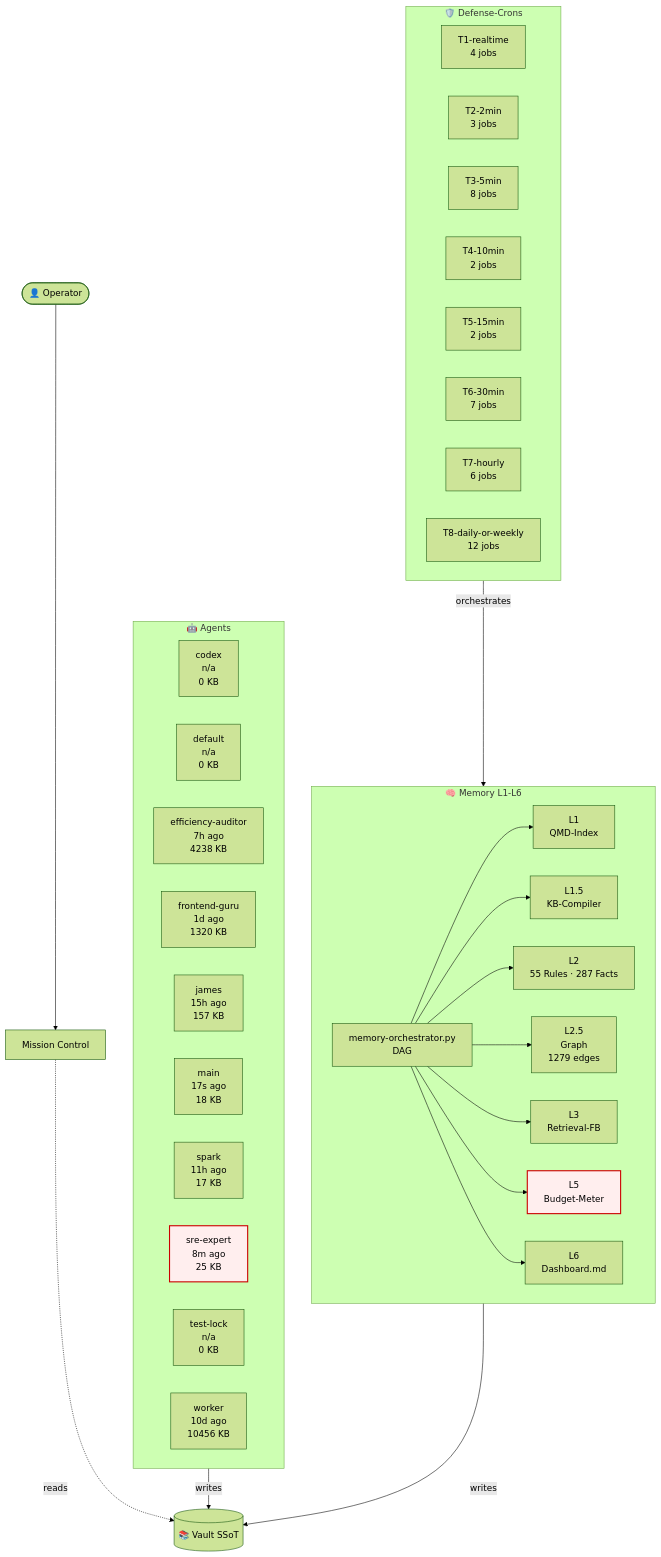
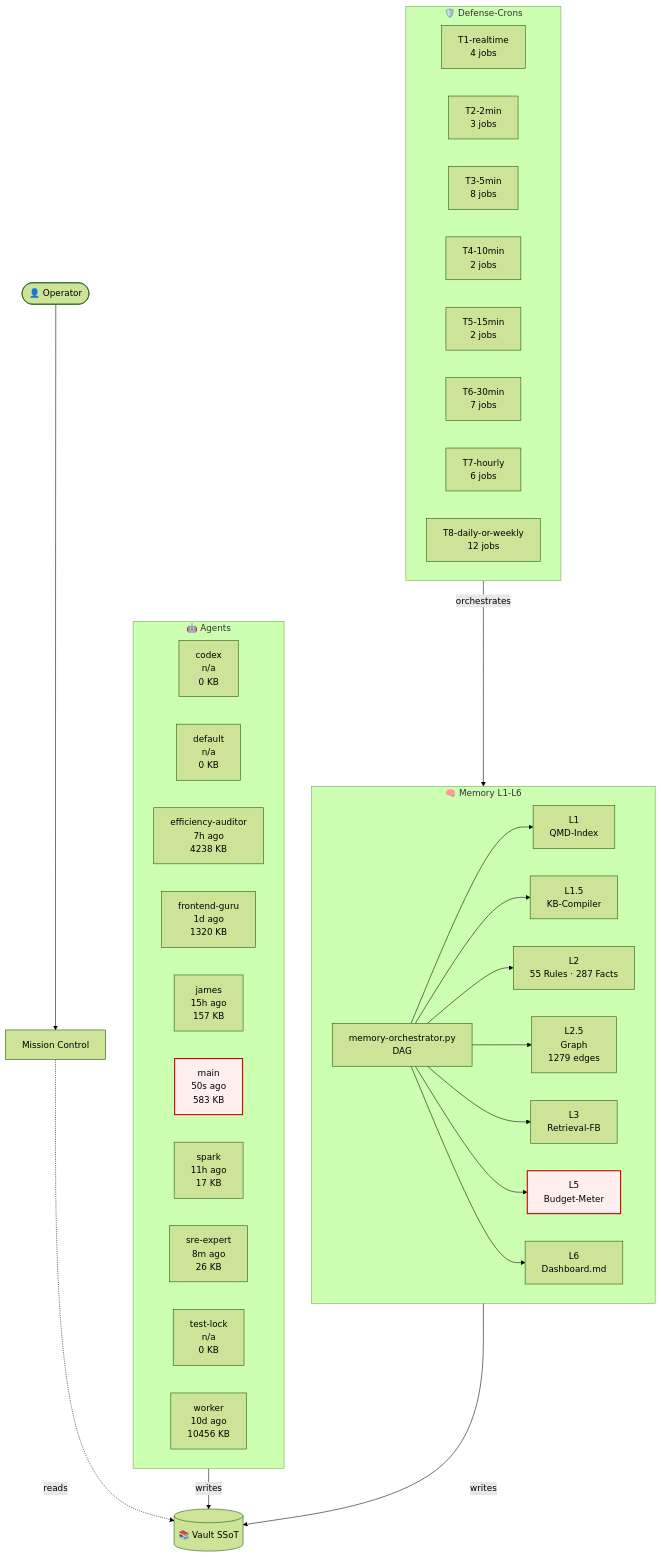
One commit to lenardhuebner88-rgb/openclaw-memory changed the diagram in 03-Agents/architecture-live.md. Above: the diagram before and after it, drawn with Mermaid (forest theme). The commit also changed other lines of this file and 9 other files, not shown here.

````diff
--- a/03-Agents/architecture-live.md
+++ b/03-Agents/architecture-live.md
@@ -18,53 +18,53 @@
 ```mermaid
 flowchart TB
     classDef critical fill:#fee,stroke:#c00,stroke-width:2px;
     subgraph AGT["🤖 Agents"]
         agent_codex["codex<br/>n/a<br/>0 KB"]
         agent_default["default<br/>n/a<br/>0 KB"]
         agent_efficiency_auditor["efficiency-auditor<br/>7h ago<br/>4238 KB"]
         agent_frontend_guru["frontend-guru<br/>1d ago<br/>1320 KB"]
         agent_james["james<br/>15h ago<br/>157 KB"]
-        agent_main["main<br/>17s ago<br/>18 KB"]
+        agent_main["main<br/>50s ago<br/>583 KB"]
         agent_spark["spark<br/>11h ago<br/>17 KB"]
-        agent_sre_expert["sre-expert<br/>8m ago<br/>25 KB"]
+        agent_sre_expert["sre-expert<br/>8m ago<br/>26 KB"]
         agent_test_lock["test-lock<br/>n/a<br/>0 KB"]
         agent_worker["worker<br/>10d ago<br/>10456 KB"]
     end
     subgraph MEM["🧠 Memory L1-L6"]
         L1["L1<br/>QMD-Index"]
         L15["L1.5<br/>KB-Compiler"]
         L2["L2<br/>55 Rules · 287 Facts"]
         L25["L2.5<br/>Graph<br/>1279 edges"]
         L3["L3<br/>Retrieval-FB"]
         L5["L5<br/>Budget-Meter"]
         L6["L6<br/>Dashboard.md"]
         ORCH["memory-orchestrator.py<br/>DAG"]
     end
     subgraph CRN["🛡️ Defense-Crons"]
         tier_T1_realtime["T1-realtime<br/>4 jobs"]
         tier_T2_2min["T2-2min<br/>3 jobs"]
         tier_T3_5min["T3-5min<br/>8 jobs"]
         tier_T4_10min["T4-10min<br/>2 jobs"]
         tier_T5_15min["T5-15min<br/>2 jobs"]
         tier_T6_30min["T6-30min<br/>7 jobs"]
         tier_T7_hourly["T7-hourly<br/>6 jobs"]
         tier_T8_daily_or_weekly["T8-daily-or-weekly<br/>12 jobs"]
     end
     VAULT[("📚 Vault SSoT")]
     OP([👤 Operator])
     MC["Mission Control"]
     OP --> MC
     MC -.reads.-> VAULT
     AGT -->|writes| VAULT
     MEM -->|writes| VAULT
     ORCH --> L1
     ORCH --> L15
     ORCH --> L2
     ORCH --> L25
     ORCH --> L3
     ORCH --> L5
     ORCH --> L6
     CRN -->|orchestrates| MEM
     class L5 critical
-    class agent_sre_expert critical
+    class agent_main critical
 ```
````
